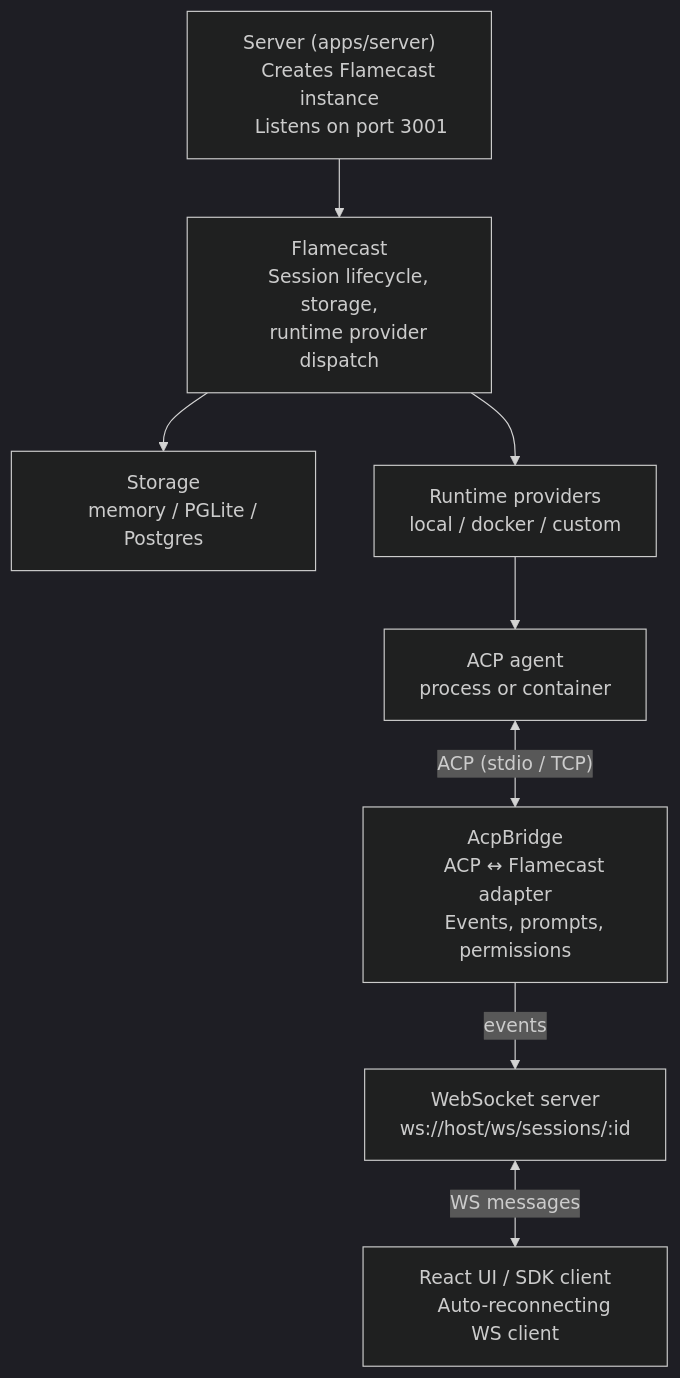
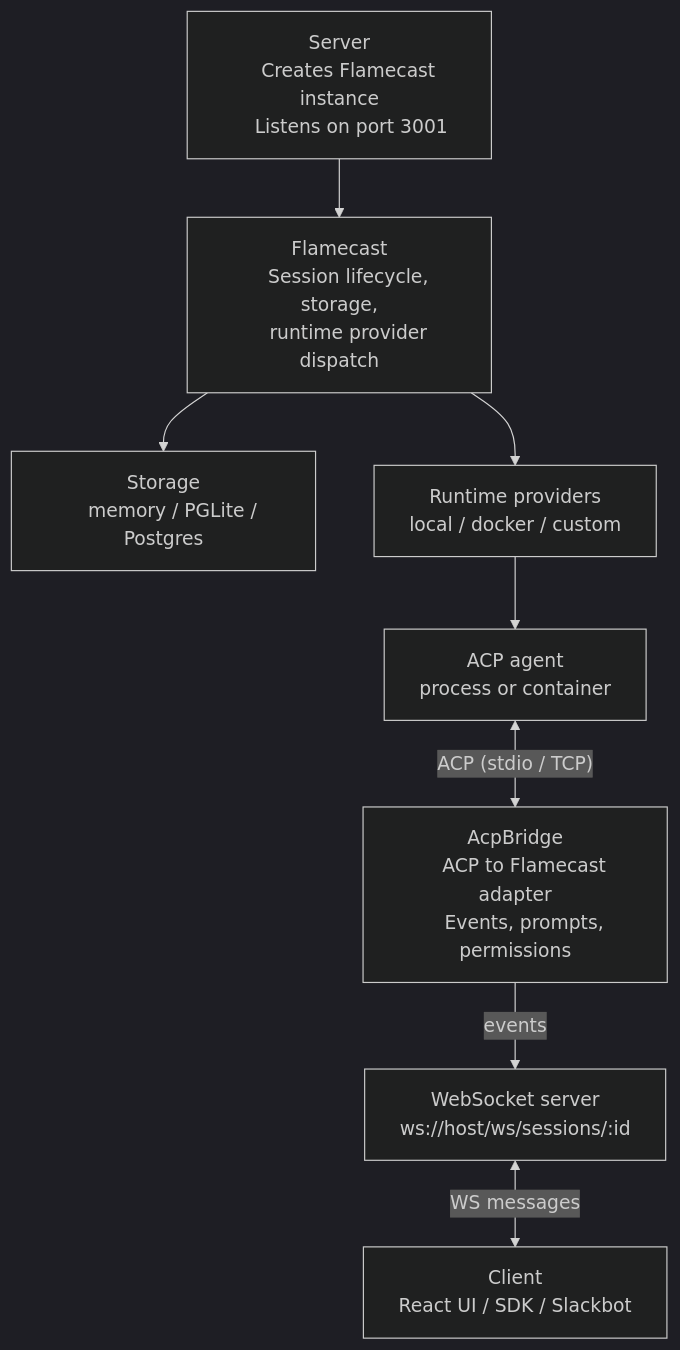
Before and after one commit to smithery-ai/flamecast: the first of 2 diagrams in apps/docs/guides/architecture.mdx, drawn with Mermaid (dark theme). The commit also changed other lines of this file and 26 other files, not shown here.

````diff
--- a/apps/docs/guides/architecture.mdx
+++ b/apps/docs/guides/architecture.mdx
@@ -10,30 +10,30 @@
 ```mermaid
 graph TD
-    A["Server (apps/server)
+    A["Server
     Creates Flamecast instance
     Listens on port 3001"]
     B["Flamecast
     Session lifecycle, storage,
     runtime provider dispatch"]
     C["Storage
     memory / PGLite / Postgres"]
     D["Runtime providers
     local / docker / custom"]
     E["ACP agent
     process or container"]
     F["AcpBridge
-    ACP ↔ Flamecast adapter
+    ACP to Flamecast adapter
     Events, prompts, permissions"]
     G["WebSocket server
     ws://host/ws/sessions/:id"]
-    H["React UI / SDK client
-    Auto-reconnecting WS client"]
+    H["Client
+    React UI / SDK / Slackbot"]
 
     A --> B
     B --> C
     B --> D
     D --> E
     E <-->|"ACP (stdio / TCP)"| F
     F -->|"events"| G
     G <-->|"WS messages"| H
 ```
````
